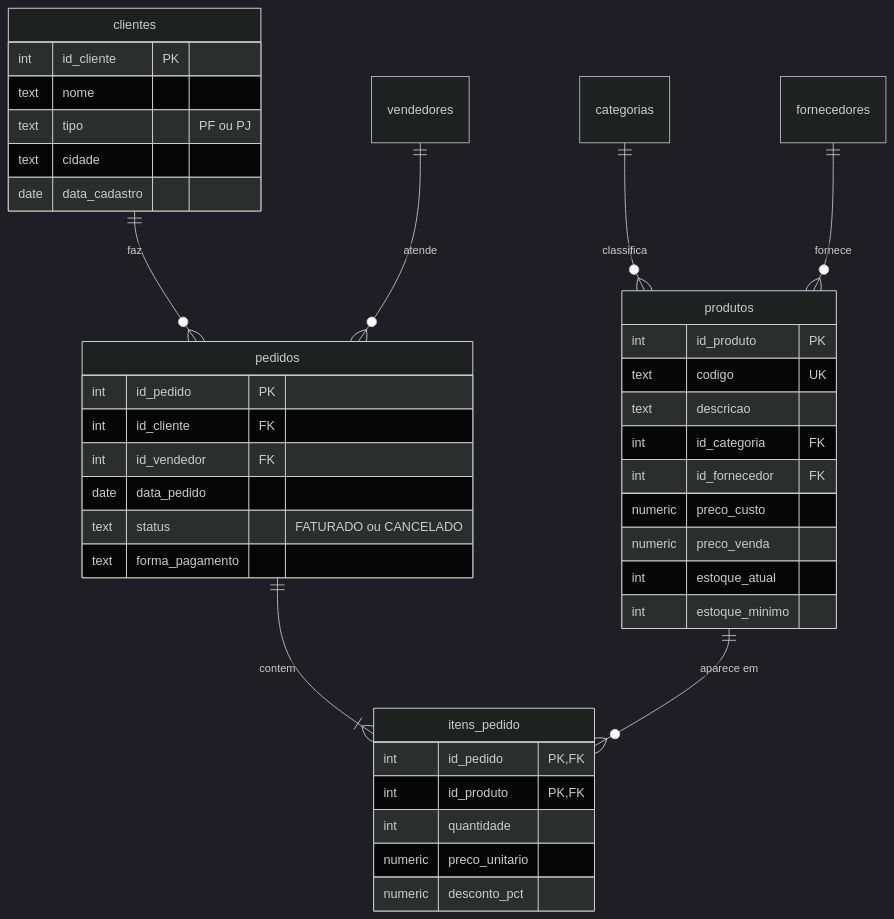
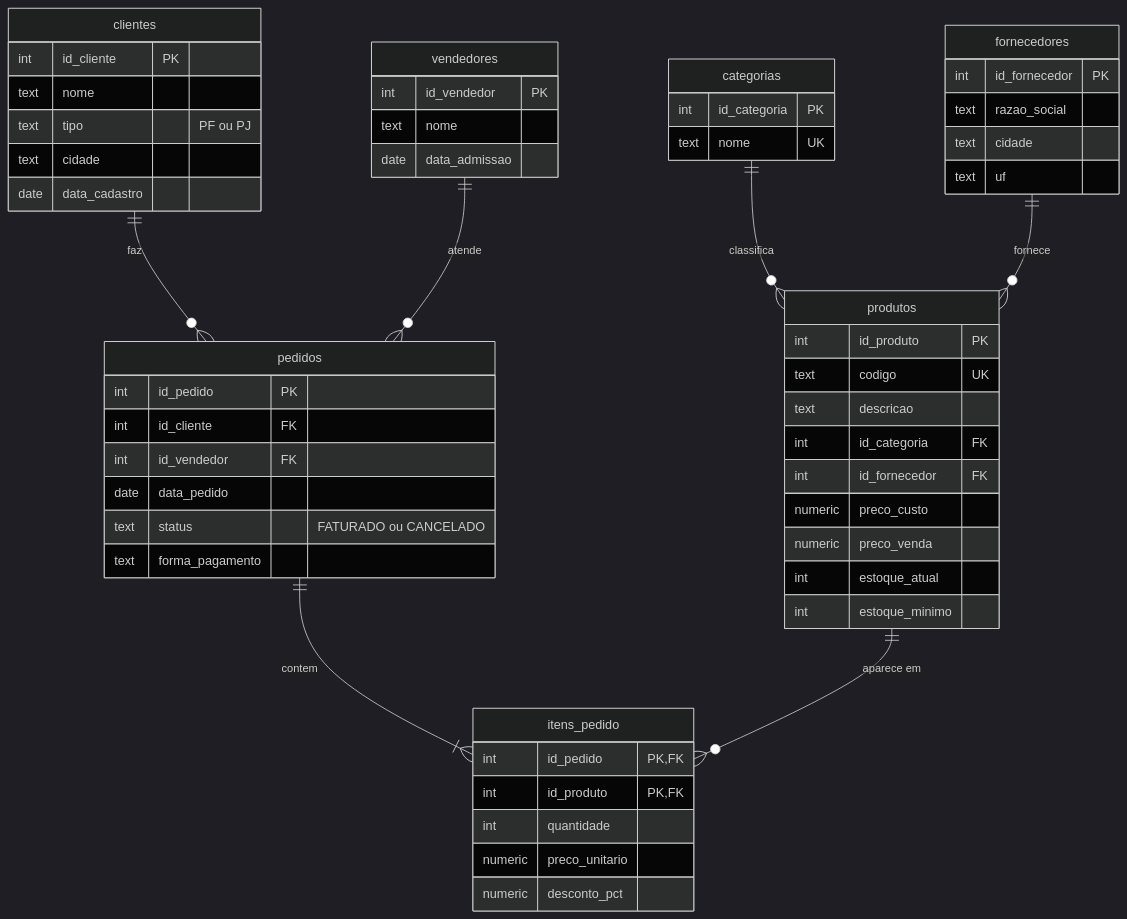
Before and after one commit to matheusmontagner8/sql-vendas-autopecas: the diagram in README.md, drawn with Mermaid (dark theme). The commit also changed other lines of this file, not shown here.

````diff
--- a/README.md
+++ b/README.md
@@ -21,43 +24,58 @@
 ```mermaid
 erDiagram
     categorias   ||--o{ produtos     : classifica
     fornecedores ||--o{ produtos     : fornece
     clientes     ||--o{ pedidos      : faz
     vendedores   ||--o{ pedidos      : atende
     pedidos      ||--|{ itens_pedido : contem
     produtos     ||--o{ itens_pedido : "aparece em"
 
+    categorias {
+        int id_categoria PK
+        text nome UK
+    }
+    fornecedores {
+        int id_fornecedor PK
+        text razao_social
+        text cidade
+        text uf
+    }
+    vendedores {
+        int id_vendedor PK
+        text nome
+        date data_admissao
+    }
     produtos {
         int id_produto PK
         text codigo UK
         text descricao
         int id_categoria FK
         int id_fornecedor FK
         numeric preco_custo
         numeric preco_venda
         int estoque_atual
         int estoque_minimo
     }
     clientes {
         int id_cliente PK
         text nome
         text tipo "PF ou PJ"
         text cidade
         date data_cadastro
     }
     pedidos {
         int id_pedido PK
         int id_cliente FK
         int id_vendedor FK
         date data_pedido
         text status "FATURADO ou CANCELADO"
         text forma_pagamento
     }
     itens_pedido {
         int id_pedido PK, FK
         int id_produto PK, FK
         int quantidade
         numeric preco_unitario
         numeric desconto_pct
     }
 ```
````
